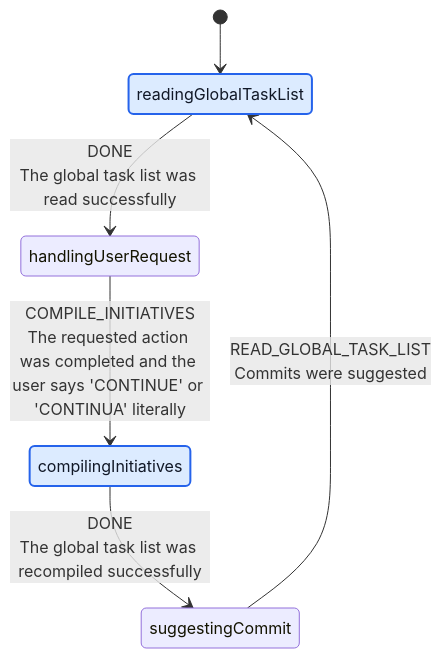
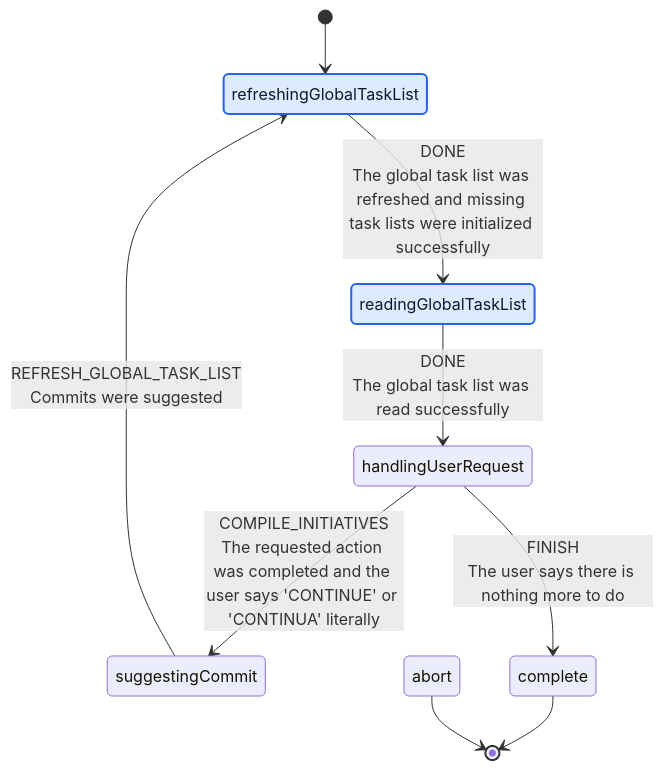
The diagram in .graph-engineering/local/jobs/(gtd)/manage-tasks/GRAPH.md (anurbanlion/graph-engineering-lite-skill), drawn with Mermaid before and after one commit. The commit also changed 16 other files, not shown here.

Commit message:
feat(graph-engineering): add typed runtime and spawn orchestration

````diff
--- a/.graph-engineering/local/jobs/(gtd)/manage-tasks/GRAPH.md
+++ b/.graph-engineering/local/jobs/(gtd)/manage-tasks/GRAPH.md
@@ -3,18 +3,23 @@
 ```mermaid
 stateDiagram-v2
 
-    [*] --> readingGlobalTaskList
+    [*] --> refreshingGlobalTaskList
+
+    refreshingGlobalTaskList --> readingGlobalTaskList: DONE<br/>The global task list was refreshed and missing task lists were initialized successfully
 
     readingGlobalTaskList --> handlingUserRequest: DONE<br/>The global task list was read successfully
 
-    handlingUserRequest --> compilingInitiatives: COMPILE_INITIATIVES<br/>The requested action was completed and the user says 'CONTINUE' or 'CONTINUA' literally
+    handlingUserRequest --> suggestingCommit: COMPILE_INITIATIVES<br/>The requested action was completed and the user says 'CONTINUE' or 'CONTINUA' literally
+    handlingUserRequest --> complete: FINISH<br/>The user says there is nothing more to do
 
-    compilingInitiatives --> suggestingCommit: DONE<br/>The global task list was recompiled successfully
+    suggestingCommit --> refreshingGlobalTaskList: REFRESH_GLOBAL_TASK_LIST<br/>Commits were suggested
 
-    suggestingCommit --> readingGlobalTaskList: READ_GLOBAL_TASK_LIST<br/>Commits were suggested
+    complete --> [*]
+    abort --> [*]
 
     classDef scriptState fill:#DCEBFF,stroke:#2563EB,stroke-width:2px,color:#111827
     classDef switchState fill:#FEE2E2,stroke:#DC2626,stroke-width:2px,color:#111827
+    classDef spawnState fill:#FEF3C7,stroke:#D97706,stroke-width:2px,color:#111827
 
-    class readingGlobalTaskList,compilingInitiatives scriptState
+    class refreshingGlobalTaskList,readingGlobalTaskList scriptState
 ```
````
